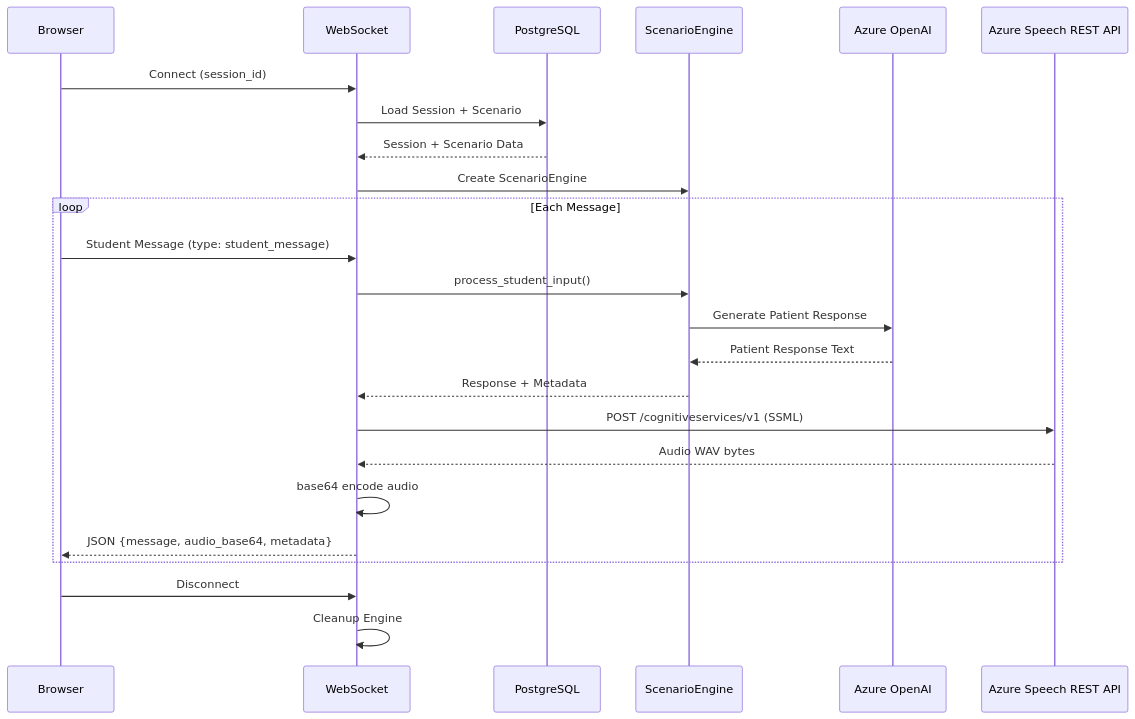
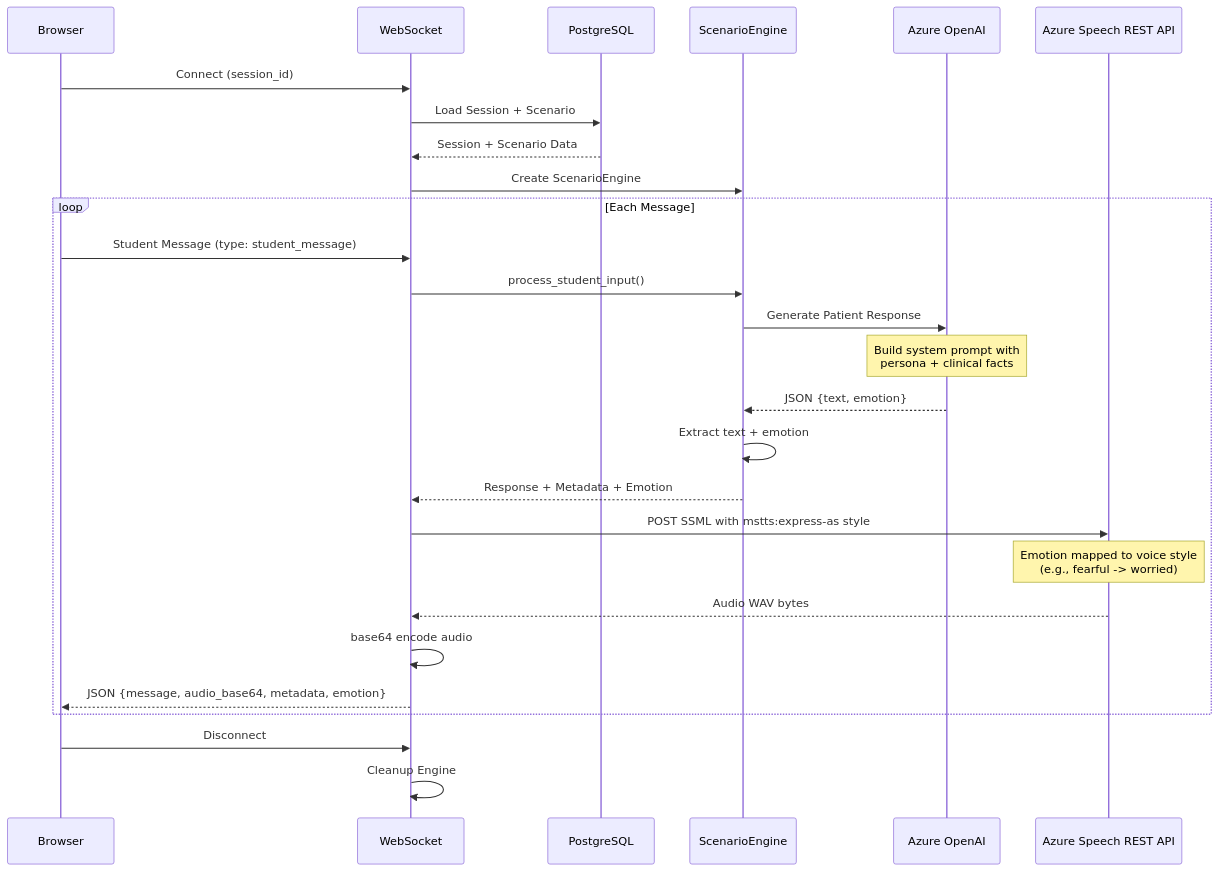
Before and after one commit to Amoukli/Coach_AI: the second of 13 diagrams in docs/diagrams/data-flow.md, drawn with Mermaid. The commit also changed other lines of this file and 7 other files, not shown here.

First line of the commit message:
feat(ai): add dynamic emotion engine and clinical knowledge extraction

````diff
--- a/docs/diagrams/data-flow.md
+++ b/docs/diagrams/data-flow.md
@@ -75,29 +75,32 @@
 ```mermaid
 sequenceDiagram
     participant Client as Browser
     participant WS as WebSocket
     participant DB as PostgreSQL
     participant Engine as ScenarioEngine
     participant AI as Azure OpenAI
     participant Speech as Azure Speech REST API
 
     Client->>WS: Connect (session_id)
     WS->>DB: Load Session + Scenario
     DB-->>WS: Session + Scenario Data
     WS->>Engine: Create ScenarioEngine
 
     loop Each Message
         Client->>WS: Student Message (type: student_message)
         WS->>Engine: process_student_input()
         Engine->>AI: Generate Patient Response
-        AI-->>Engine: Patient Response Text
-        Engine-->>WS: Response + Metadata
-        WS->>Speech: POST /cognitiveservices/v1 (SSML)
+        Note over AI: Build system prompt with<br/>persona + clinical facts
+        AI-->>Engine: JSON {text, emotion}
+        Engine->>Engine: Extract text + emotion
+        Engine-->>WS: Response + Metadata + Emotion
+        WS->>Speech: POST SSML with mstts:express-as style
+        Note over Speech: Emotion mapped to voice style<br/>(e.g., fearful -> worried)
         Speech-->>WS: Audio WAV bytes
         WS->>WS: base64 encode audio
-        WS-->>Client: JSON {message, audio_base64, metadata}
+        WS-->>Client: JSON {message, audio_base64, metadata, emotion}
     end
 
     Client->>WS: Disconnect
     WS->>WS: Cleanup Engine
 ```
````
